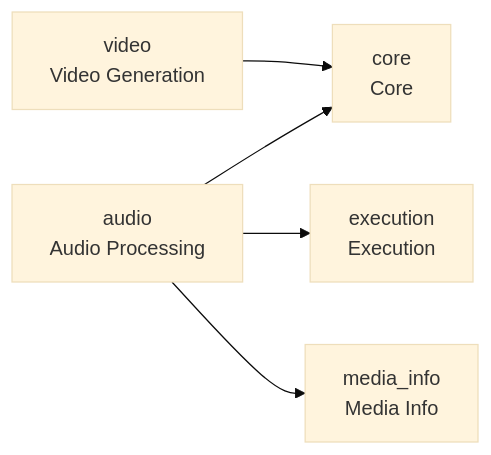
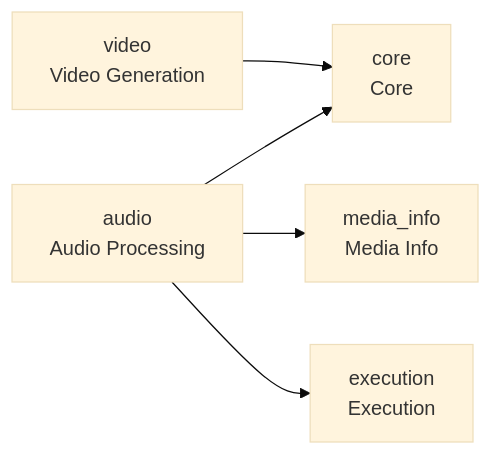
Before and after one commit to cj-mills/cjm-ffmpeg-utils: the diagram in README.md, drawn with Mermaid (base theme). The commit also changed other lines of this file and 5 other files, not shown here.

````diff
--- a/README.md
+++ b/README.md
@@ -29,13 +29,13 @@
 ``` mermaid
 graph LR
     audio[audio<br/>Audio Processing]
     core[core<br/>Core]
     execution[execution<br/>Execution]
     media_info[media_info<br/>Media Info]
     video[video<br/>Video Generation]
 
     audio --> core
+    audio --> media_info
     audio --> execution
-    audio --> media_info
     video --> core
 ```
````
